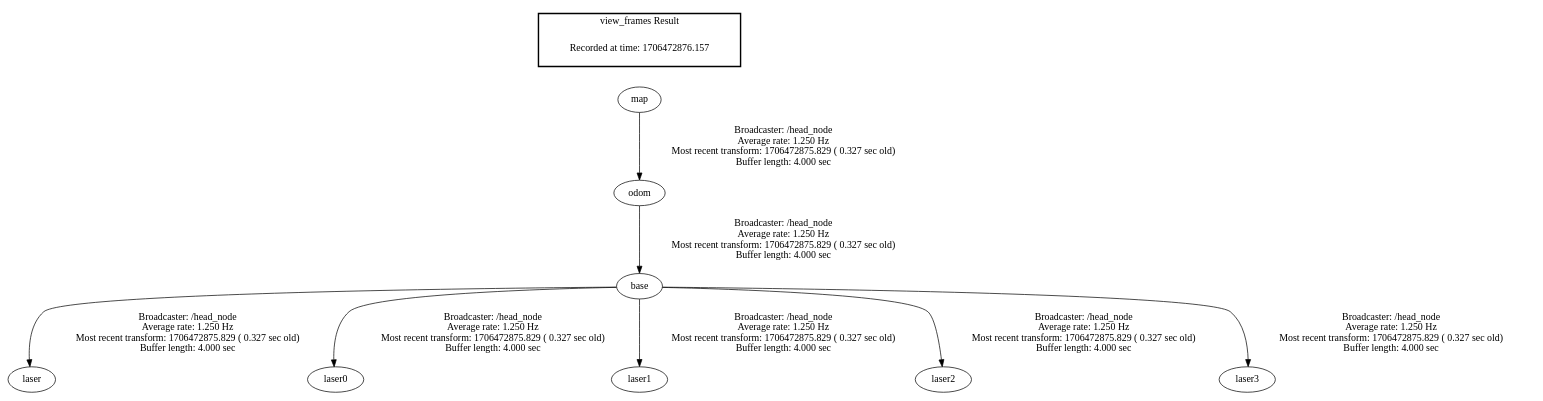
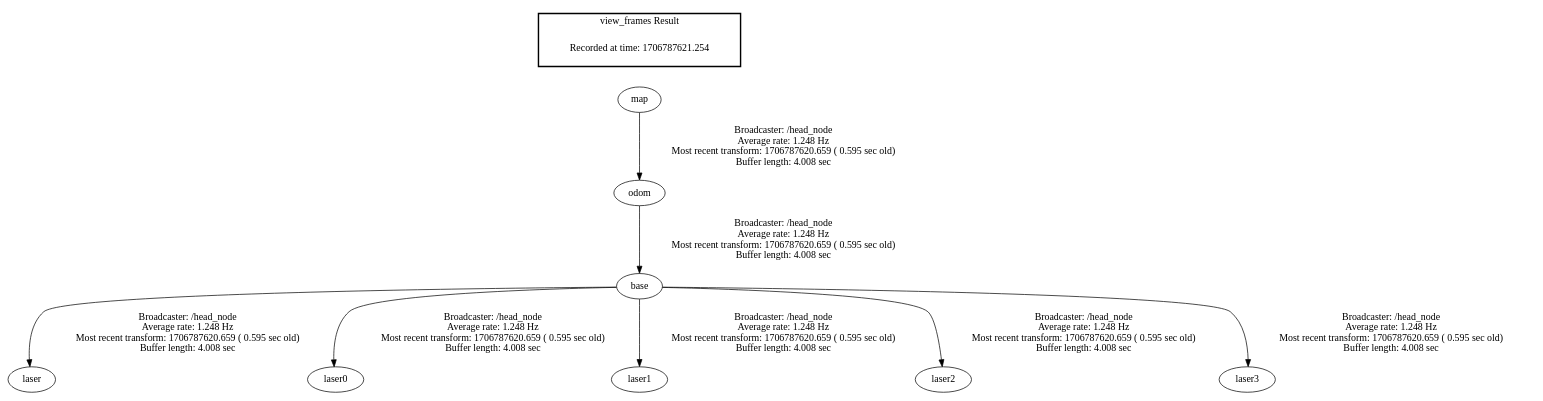
Before and after one commit to Vasechkin2020/RoboBIM-Linux: the diagram in frames.gv, drawn with Graphviz. The commit also changed 14 other files, not shown here.

```diff
--- a/frames.gv
+++ b/frames.gv
@@ -1,13 +1,13 @@
 digraph G {
-"map" -> "odom"[label="Broadcaster: /head_node\nAverage rate: 1.250 Hz\nMost recent transform: 1706472875.829 ( 0.327 sec old)\nBuffer length: 4.000 sec\n"];
-"odom" -> "base"[label="Broadcaster: /head_node\nAverage rate: 1.250 Hz\nMost recent transform: 1706472875.829 ( 0.327 sec old)\nBuffer length: 4.000 sec\n"];
-"base" -> "laser"[label="Broadcaster: /head_node\nAverage rate: 1.250 Hz\nMost recent transform: 1706472875.829 ( 0.327 sec old)\nBuffer length: 4.000 sec\n"];
-"base" -> "laser0"[label="Broadcaster: /head_node\nAverage rate: 1.250 Hz\nMost recent transform: 1706472875.829 ( 0.327 sec old)\nBuffer length: 4.000 sec\n"];
-"base" -> "laser1"[label="Broadcaster: /head_node\nAverage rate: 1.250 Hz\nMost recent transform: 1706472875.829 ( 0.327 sec old)\nBuffer length: 4.000 sec\n"];
-"base" -> "laser2"[label="Broadcaster: /head_node\nAverage rate: 1.250 Hz\nMost recent transform: 1706472875.829 ( 0.327 sec old)\nBuffer length: 4.000 sec\n"];
-"base" -> "laser3"[label="Broadcaster: /head_node\nAverage rate: 1.250 Hz\nMost recent transform: 1706472875.829 ( 0.327 sec old)\nBuffer length: 4.000 sec\n"];
+"map" -> "odom"[label="Broadcaster: /head_node\nAverage rate: 1.248 Hz\nMost recent transform: 1706787620.659 ( 0.595 sec old)\nBuffer length: 4.008 sec\n"];
+"odom" -> "base"[label="Broadcaster: /head_node\nAverage rate: 1.248 Hz\nMost recent transform: 1706787620.659 ( 0.595 sec old)\nBuffer length: 4.008 sec\n"];
+"base" -> "laser"[label="Broadcaster: /head_node\nAverage rate: 1.248 Hz\nMost recent transform: 1706787620.659 ( 0.595 sec old)\nBuffer length: 4.008 sec\n"];
+"base" -> "laser0"[label="Broadcaster: /head_node\nAverage rate: 1.248 Hz\nMost recent transform: 1706787620.659 ( 0.595 sec old)\nBuffer length: 4.008 sec\n"];
+"base" -> "laser1"[label="Broadcaster: /head_node\nAverage rate: 1.248 Hz\nMost recent transform: 1706787620.659 ( 0.595 sec old)\nBuffer length: 4.008 sec\n"];
+"base" -> "laser2"[label="Broadcaster: /head_node\nAverage rate: 1.248 Hz\nMost recent transform: 1706787620.659 ( 0.595 sec old)\nBuffer length: 4.008 sec\n"];
+"base" -> "laser3"[label="Broadcaster: /head_node\nAverage rate: 1.248 Hz\nMost recent transform: 1706787620.659 ( 0.595 sec old)\nBuffer length: 4.008 sec\n"];
 edge [style=invis];
  subgraph cluster_legend { style=bold; color=black; label ="view_frames Result";
-"Recorded at time: 1706472876.157"[ shape=plaintext ] ;
+"Recorded at time: 1706787621.254"[ shape=plaintext ] ;
  }->"map";
 }
```
